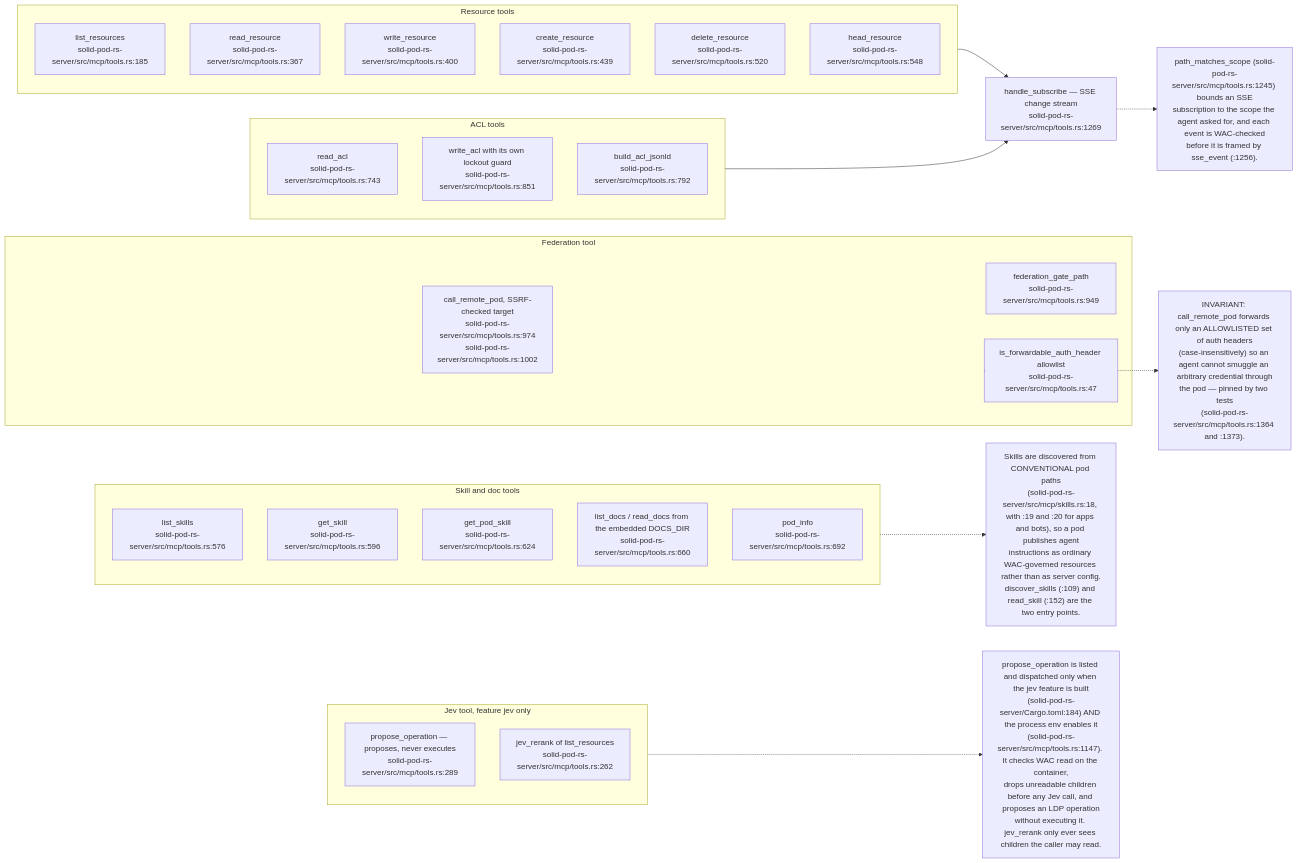
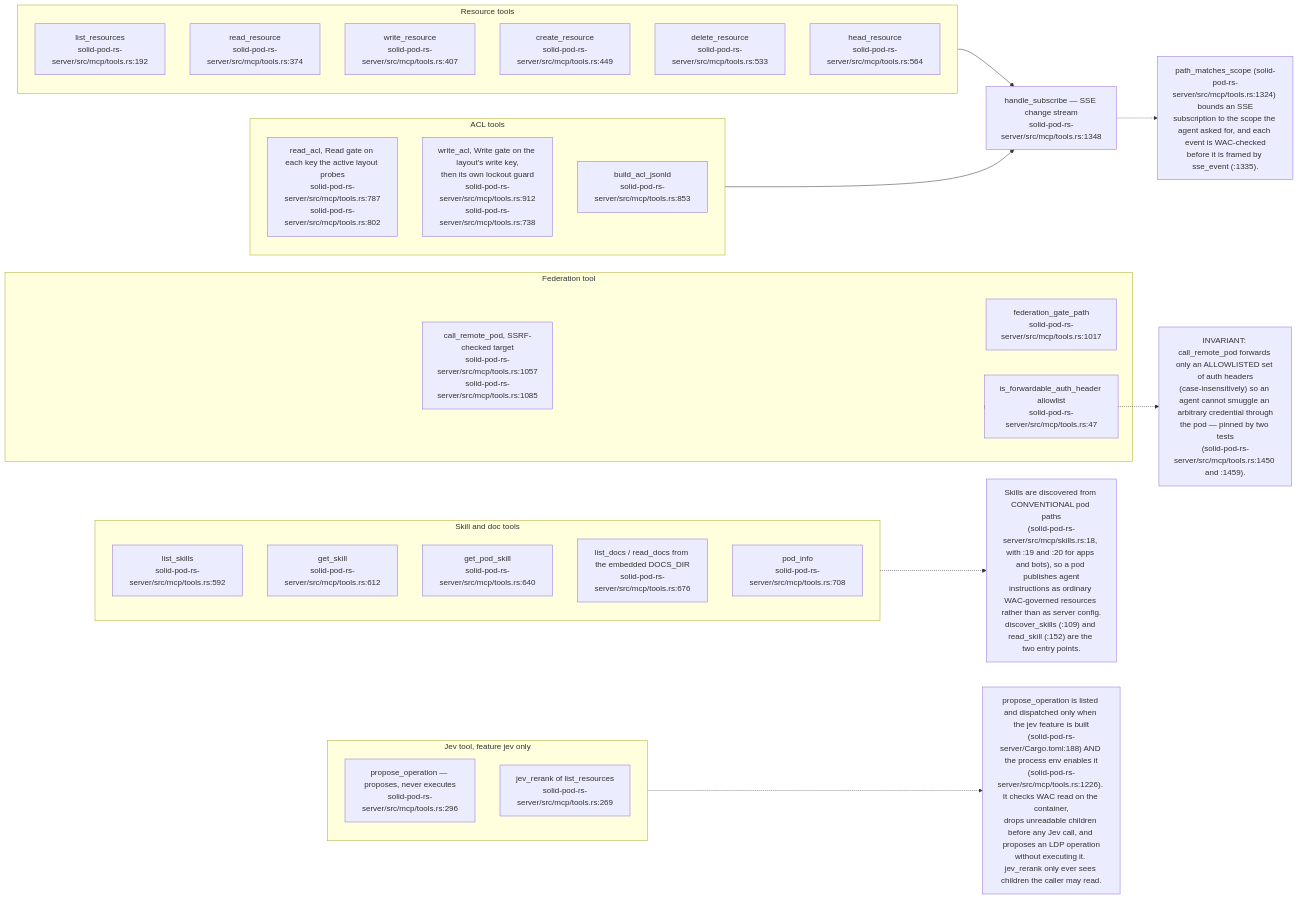
One commit to DreamLab-AI/VisionFlow changed diagram 14 of 21 in docs/diagrams/solid-pod-rs/08-federation-notifications-forge-mcp.md. Above: the diagram before and after it, drawn with Mermaid. The commit also changed other lines of this file and 1 other file, not shown here.

First line of the commit message:
docs(diagrams): SP-08, SP-14 re-verified at solid-pod-rs a28a748

````diff
--- a/docs/diagrams/solid-pod-rs/08-federation-notifications-forge-mcp.md
+++ b/docs/diagrams/solid-pod-rs/08-federation-notifications-forge-mcp.md
@@ -517,47 +521,47 @@
 ```mermaid
 flowchart LR
     subgraph RES["Resource tools"]
-        LR2["list_resources<br/>solid-pod-rs-server/src/mcp/tools.rs:185"]
-        RR["read_resource<br/>solid-pod-rs-server/src/mcp/tools.rs:367"]
-        WR["write_resource<br/>solid-pod-rs-server/src/mcp/tools.rs:400"]
-        CR["create_resource<br/>solid-pod-rs-server/src/mcp/tools.rs:439"]
-        DR["delete_resource<br/>solid-pod-rs-server/src/mcp/tools.rs:520"]
-        HR["head_resource<br/>solid-pod-rs-server/src/mcp/tools.rs:548"]
+        LR2["list_resources<br/>solid-pod-rs-server/src/mcp/tools.rs:192"]
+        RR["read_resource<br/>solid-pod-rs-server/src/mcp/tools.rs:374"]
+        WR["write_resource<br/>solid-pod-rs-server/src/mcp/tools.rs:407"]
+        CR["create_resource<br/>solid-pod-rs-server/src/mcp/tools.rs:449"]
+        DR["delete_resource<br/>solid-pod-rs-server/src/mcp/tools.rs:533"]
+        HR["head_resource<br/>solid-pod-rs-server/src/mcp/tools.rs:564"]
     end
     subgraph ACL["ACL tools"]
-        RA["read_acl<br/>solid-pod-rs-server/src/mcp/tools.rs:743"]
-        WA["write_acl with its own lockout guard<br/>solid-pod-rs-server/src/mcp/tools.rs:851"]
-        BA["build_acl_jsonld<br/>solid-pod-rs-server/src/mcp/tools.rs:792"]
+        RA["read_acl, Read gate on each key the active layout probes<br/>solid-pod-rs-server/src/mcp/tools.rs:787<br/>solid-pod-rs-server/src/mcp/tools.rs:802"]
+        WA["write_acl, Write gate on the layout's write key,<br/>then its own lockout guard<br/>solid-pod-rs-server/src/mcp/tools.rs:912<br/>solid-pod-rs-server/src/mcp/tools.rs:738"]
+        BA["build_acl_jsonld<br/>solid-pod-rs-server/src/mcp/tools.rs:853"]
     end
     subgraph SK["Skill and doc tools"]
-        LS["list_skills<br/>solid-pod-rs-server/src/mcp/tools.rs:576"]
-        GS["get_skill<br/>solid-pod-rs-server/src/mcp/tools.rs:596"]
-        PS["get_pod_skill<br/>solid-pod-rs-server/src/mcp/tools.rs:624"]
-        LD["list_docs / read_docs from the embedded DOCS_DIR<br/>solid-pod-rs-server/src/mcp/tools.rs:660"]
-        PI["pod_info<br/>solid-pod-rs-server/src/mcp/tools.rs:692"]
+        LS["list_skills<br/>solid-pod-rs-server/src/mcp/tools.rs:592"]
+        GS["get_skill<br/>solid-pod-rs-server/src/mcp/tools.rs:612"]
+        PS["get_pod_skill<br/>solid-pod-rs-server/src/mcp/tools.rs:640"]
+        LD["list_docs / read_docs from the embedded DOCS_DIR<br/>solid-pod-rs-server/src/mcp/tools.rs:676"]
+        PI["pod_info<br/>solid-pod-rs-server/src/mcp/tools.rs:708"]
     end
     subgraph JV["Jev tool, feature jev only"]
-        PO["propose_operation — proposes, never executes<br/>solid-pod-rs-server/src/mcp/tools.rs:289"]
-        JR["jev_rerank of list_resources<br/>solid-pod-rs-server/src/mcp/tools.rs:262"]
+        PO["propose_operation — proposes, never executes<br/>solid-pod-rs-server/src/mcp/tools.rs:296"]
+        JR["jev_rerank of list_resources<br/>solid-pod-rs-server/src/mcp/tools.rs:269"]
     end
     subgraph FED["Federation tool"]
-        CRP["call_remote_pod, SSRF-checked target<br/>solid-pod-rs-server/src/mcp/tools.rs:974<br/>solid-pod-rs-server/src/mcp/tools.rs:1002"]
-        FG["federation_gate_path<br/>solid-pod-rs-server/src/mcp/tools.rs:949"]
+        CRP["call_remote_pod, SSRF-checked target<br/>solid-pod-rs-server/src/mcp/tools.rs:1057<br/>solid-pod-rs-server/src/mcp/tools.rs:1085"]
+        FG["federation_gate_path<br/>solid-pod-rs-server/src/mcp/tools.rs:1017"]
         FA["is_forwardable_auth_header allowlist<br/>solid-pod-rs-server/src/mcp/tools.rs:47"]
     end
-    SUB["handle_subscribe — SSE change stream<br/>solid-pod-rs-server/src/mcp/tools.rs:1269"]
+    SUB["handle_subscribe — SSE change stream<br/>solid-pod-rs-server/src/mcp/tools.rs:1348"]
 
     RES --> SUB
     ACL --> SUB
     FED --> FG
     FED --> FA
 
-    N["INVARIANT: call_remote_pod forwards only an ALLOWLISTED set of auth headers<br/>(case-insensitively) so an agent cannot smuggle an arbitrary credential through<br/>the pod — pinned by two tests<br/>(solid-pod-rs-server/src/mcp/tools.rs:1364 and :1373)."]
+    N["INVARIANT: call_remote_pod forwards only an ALLOWLISTED set of auth headers<br/>(case-insensitively) so an agent cannot smuggle an arbitrary credential through<br/>the pod — pinned by two tests<br/>(solid-pod-rs-server/src/mcp/tools.rs:1450 and :1459)."]
     FA -.-> N
-    N2["path_matches_scope (solid-pod-rs-server/src/mcp/tools.rs:1245) bounds an SSE<br/>subscription to the scope the agent asked for, and each event is WAC-checked<br/>before it is framed by sse_event (:1256)."]
+    N2["path_matches_scope (solid-pod-rs-server/src/mcp/tools.rs:1324) bounds an SSE<br/>subscription to the scope the agent asked for, and each event is WAC-checked<br/>before it is framed by sse_event (:1335)."]
     SUB -.-> N2
     N3["Skills are discovered from CONVENTIONAL pod paths<br/>(solid-pod-rs-server/src/mcp/skills.rs:18, with :19 and :20 for apps and bots), so a pod publishes agent<br/>instructions as ordinary WAC-governed resources rather than as server config.<br/>discover_skills (:109) and read_skill (:152) are the two entry points."]
     SK -.-> N3
-    N4["propose_operation is listed and dispatched only when the jev feature is built<br/>(solid-pod-rs-server/Cargo.toml:184) AND the process env enables it<br/>(solid-pod-rs-server/src/mcp/tools.rs:1147). It checks WAC read on the container,<br/>drops unreadable children before any Jev call, and proposes an LDP operation<br/>without executing it. jev_rerank only ever sees children the caller may read."]
+    N4["propose_operation is listed and dispatched only when the jev feature is built<br/>(solid-pod-rs-server/Cargo.toml:188) AND the process env enables it<br/>(solid-pod-rs-server/src/mcp/tools.rs:1226). It checks WAC read on the container,<br/>drops unreadable children before any Jev call, and proposes an LDP operation<br/>without executing it. jev_rerank only ever sees children the caller may read."]
     JV -.-> N4
 ```
````
